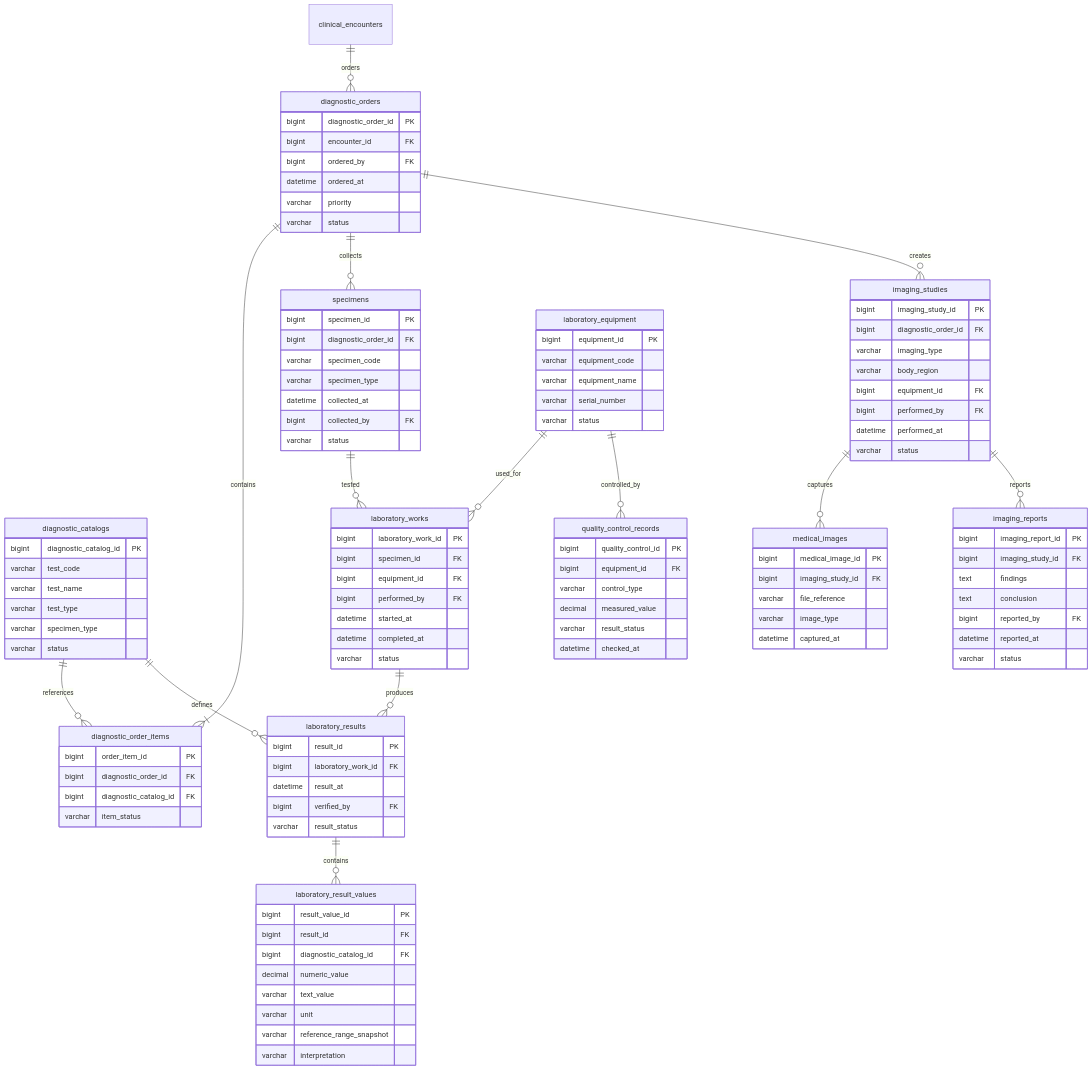
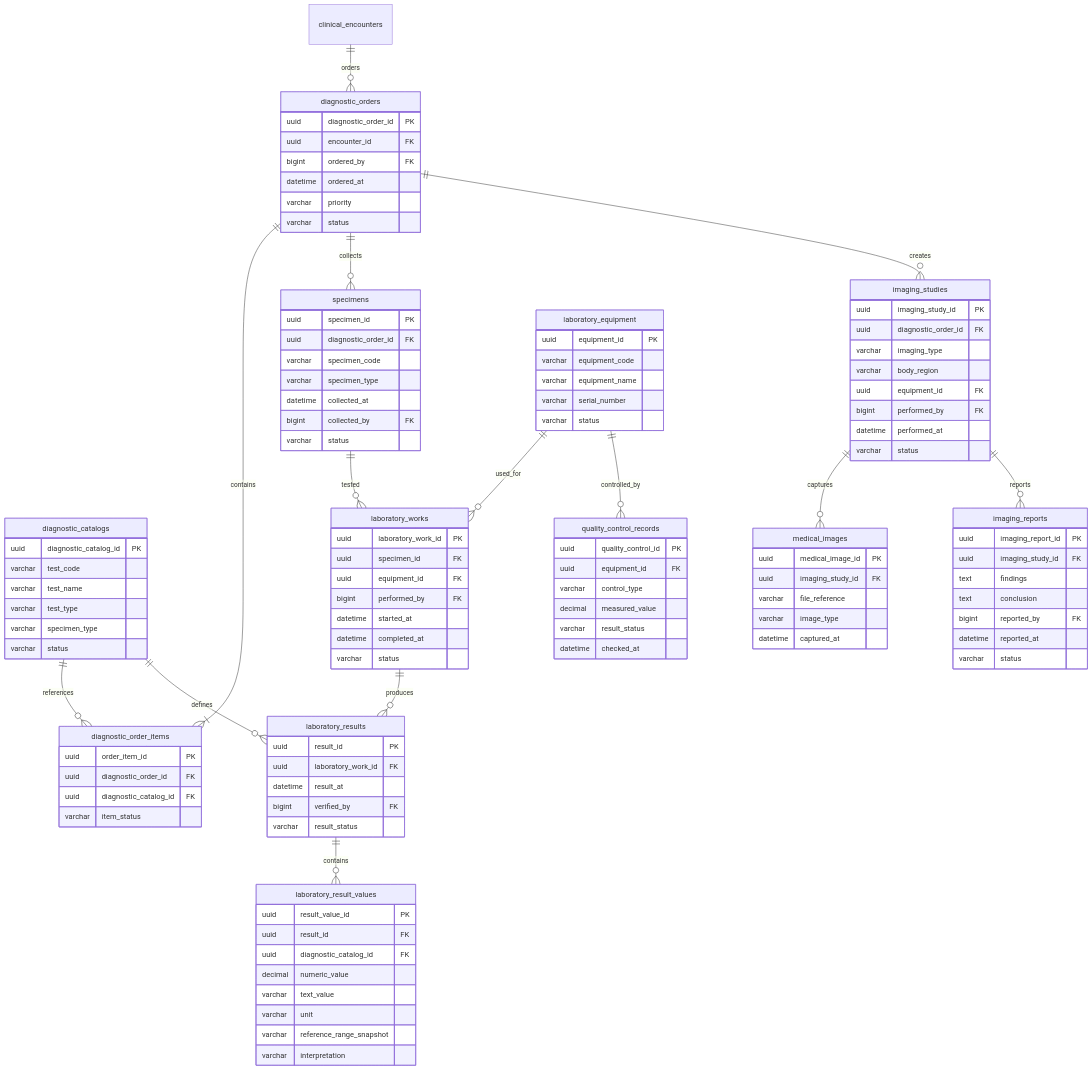
The fifth of 11 diagrams in prototype/docs/Database/ER_Diagram.md (raveniqu/vet-clinic-web), drawn with Mermaid before and after one commit. The commit also changed other lines of this file and 152 other files, not shown here.

```diff
--- a/prototype/docs/Database/ER_Diagram.md
+++ b/prototype/docs/Database/ER_Diagram.md
@@ -765,8 +765,8 @@
     laboratory_equipment ||--o{ quality_control_records : controlled_by
 
     diagnostic_orders {
-        bigint diagnostic_order_id PK
-        bigint encounter_id FK
+        uuid diagnostic_order_id PK
+        uuid encounter_id FK
         bigint ordered_by FK
         datetime ordered_at
         varchar priority
@@ -774,14 +774,14 @@
     }
 
     diagnostic_order_items {
-        bigint order_item_id PK
-        bigint diagnostic_order_id FK
-        bigint diagnostic_catalog_id FK
+        uuid order_item_id PK
+        uuid diagnostic_order_id FK
+        uuid diagnostic_catalog_id FK
         varchar item_status
     }
 
     diagnostic_catalogs {
-        bigint diagnostic_catalog_id PK
+        uuid diagnostic_catalog_id PK
         varchar test_code
         varchar test_name
         varchar test_type
@@ -790,8 +790,8 @@
     }
 
     specimens {
-        bigint specimen_id PK
-        bigint diagnostic_order_id FK
+        uuid specimen_id PK
+        uuid diagnostic_order_id FK
         varchar specimen_code
         varchar specimen_type
         datetime collected_at
@@ -800,9 +800,9 @@
     }
 
     laboratory_works {
-        bigint laboratory_work_id PK
-        bigint specimen_id FK
-        bigint equipment_id FK
+        uuid laboratory_work_id PK
+        uuid specimen_id FK
+        uuid equipment_id FK
         bigint performed_by FK
         datetime started_at
         datetime completed_at
@@ -810,17 +810,17 @@
     }
 
     laboratory_results {
-        bigint result_id PK
-        bigint laboratory_work_id FK
+        uuid result_id PK
+        uuid laboratory_work_id FK
         datetime result_at
         bigint verified_by FK
         varchar result_status
     }
 
     laboratory_result_values {
-        bigint result_value_id PK
-        bigint result_id FK
-        bigint diagnostic_catalog_id FK
+        uuid result_value_id PK
+        uuid result_id FK
+        uuid diagnostic_catalog_id FK
         decimal numeric_value
         varchar text_value
         varchar unit
@@ -829,27 +829,27 @@
     }
 
     imaging_studies {
-        bigint imaging_study_id PK
-        bigint diagnostic_order_id FK
+        uuid imaging_study_id PK
+        uuid diagnostic_order_id FK
         varchar imaging_type
         varchar body_region
-        bigint equipment_id FK
+        uuid equipment_id FK
         bigint performed_by FK
         datetime performed_at
         varchar status
     }
 
     medical_images {
-        bigint medical_image_id PK
-        bigint imaging_study_id FK
+        uuid medical_image_id PK
+        uuid imaging_study_id FK
         varchar file_reference
         varchar image_type
         datetime captured_at
     }
 
     imaging_reports {
-        bigint imaging_report_id PK
-        bigint imaging_study_id FK
+        uuid imaging_report_id PK
+        uuid imaging_study_id FK
         text findings
         text conclusion
         bigint reported_by FK
@@ -858,7 +858,7 @@
     }
 
     laboratory_equipment {
-        bigint equipment_id PK
+        uuid equipment_id PK
         varchar equipment_code
         varchar equipment_name
         varchar serial_number
@@ -866,8 +866,8 @@
     }
 
     quality_control_records {
-        bigint quality_control_id PK
-        bigint equipment_id FK
+        uuid quality_control_id PK
+        uuid equipment_id FK
         varchar control_type
         decimal measured_value
         varchar result_status
```
